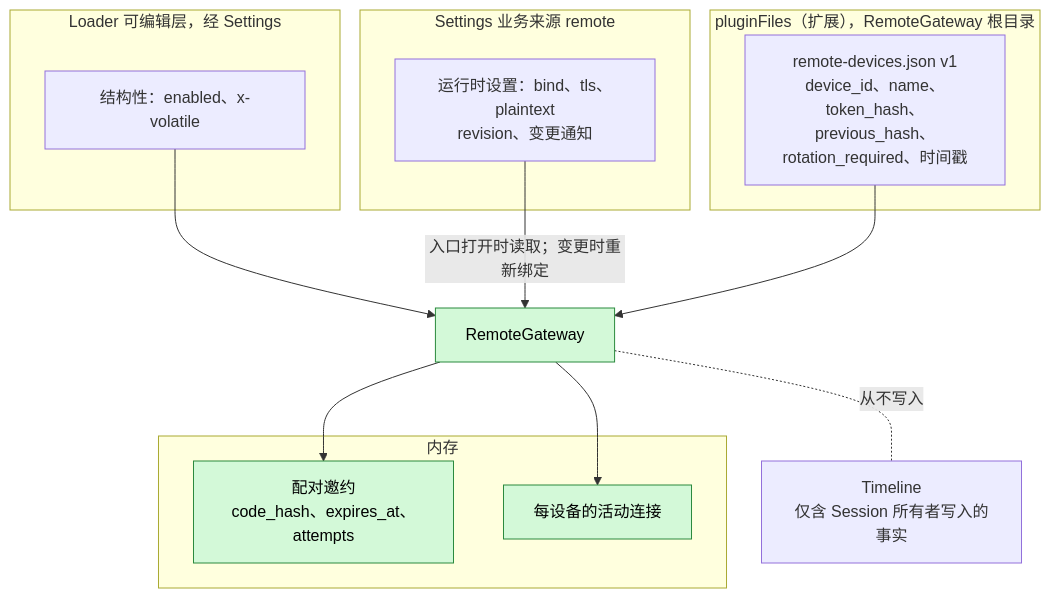
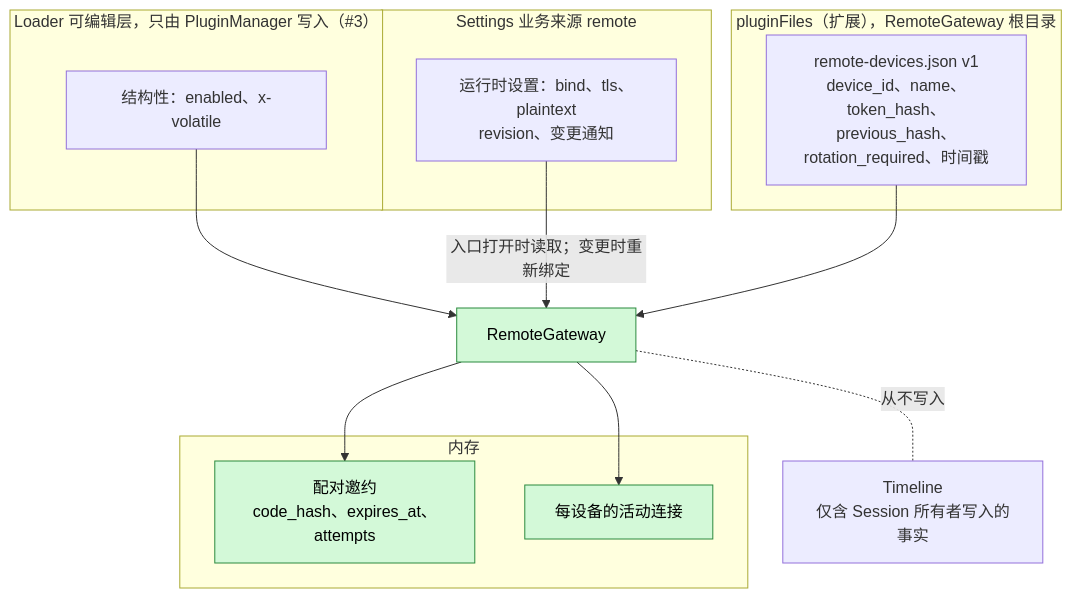
One commit to CoutinhoTTS/dim-agent changed the second of 6 diagrams in docs/zh/design/plugins/RemoteGateway.md. Above: the diagram before and after it, drawn with Mermaid. The commit also changed other lines of this file and 40 other files, not shown here.

````diff
--- a/docs/zh/design/plugins/RemoteGateway.md
+++ b/docs/zh/design/plugins/RemoteGateway.md
@@ -45,24 +47,24 @@
 ```mermaid
 flowchart TB
-  subgraph LEL["Loader 可编辑层，经 Settings"]
+  subgraph LEL["Loader 可编辑层，只由 PluginManager 写入（#3）"]
     CFG["结构性：enabled、x-volatile"]
   end
   subgraph BS["Settings 业务来源 remote"]
     RS["运行时设置：bind、tls、plaintext<br/>revision、变更通知"]
   end
   subgraph PS["pluginFiles（扩展），RemoteGateway 根目录"]
     DEVS["remote-devices.json v1<br/>device_id、name、token_hash、<br/>previous_hash、rotation_required、时间戳"]
   end
   subgraph MEM["内存"]
     OFF["配对邀约<br/>code_hash、expires_at、attempts"]:::new
     LIVE["每设备的活动连接"]:::new
   end
   TL["Timeline<br/>仅含 Session 所有者写入的事实"]
   CFG --> RG["RemoteGateway"]:::new
   RS -->|"入口打开时读取；变更时重新绑定"| RG
   DEVS --> RG
   RG --> OFF
   RG --> LIVE
   RG -.-|"从不写入"| TL
   classDef new fill:#d3f9d8,stroke:#2b8a3e,color:#000
 ```
````
